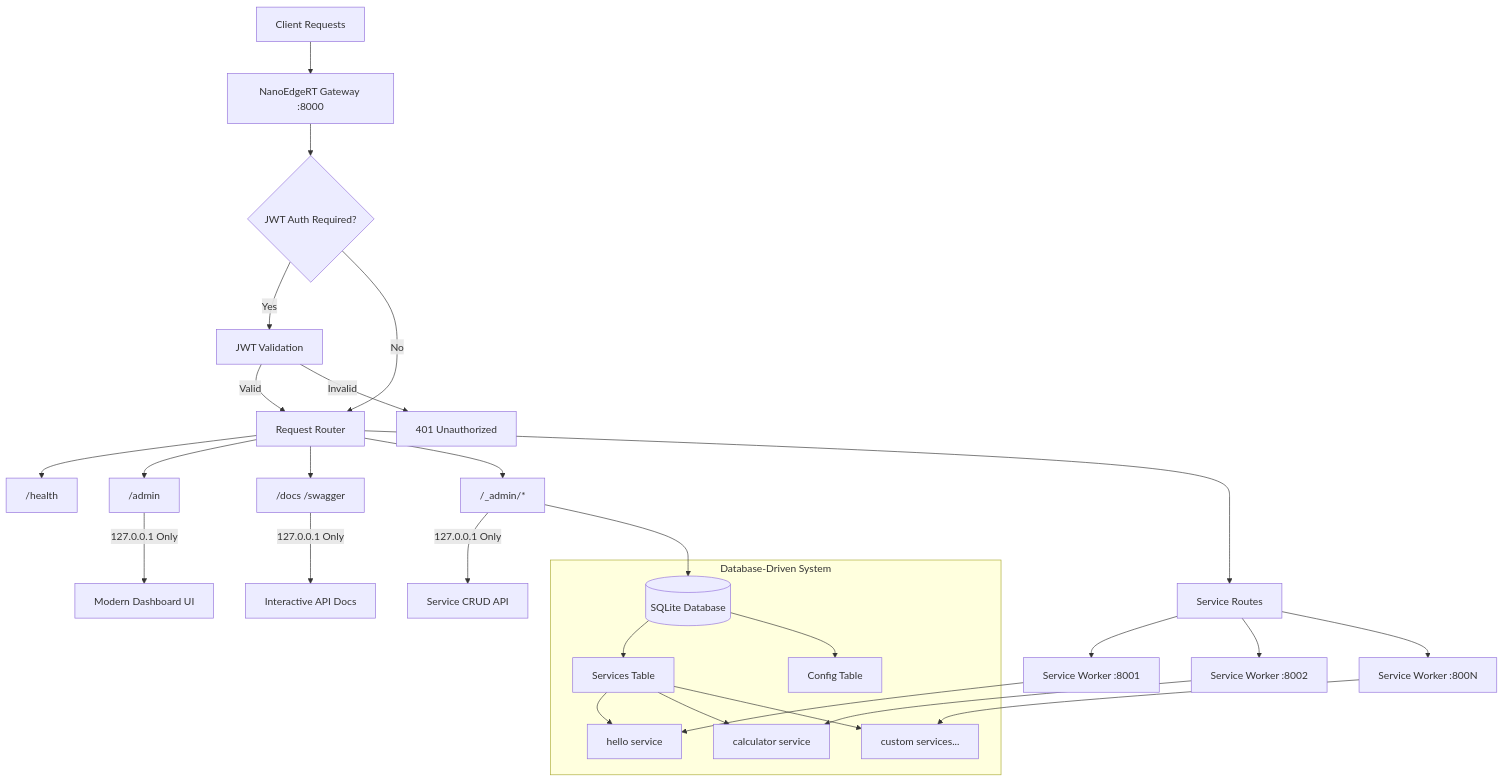
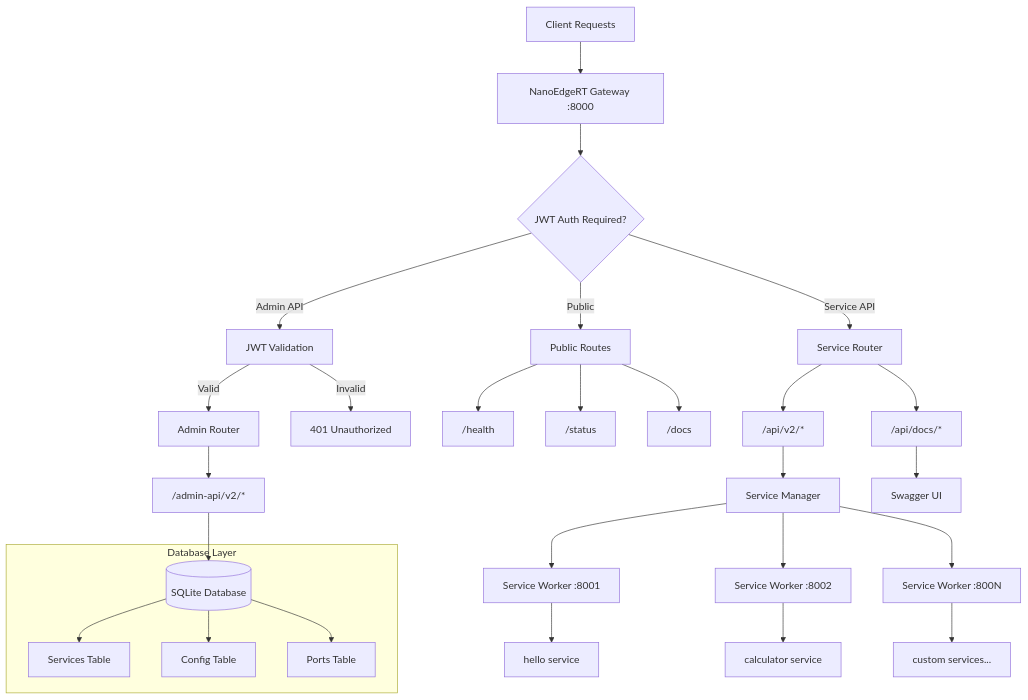
One commit to NanoInfra/NanoEdgeRT changed the diagram in README.md. Above: the diagram before and after it, drawn with Mermaid. The commit also changed other lines of this file and 1 other file, not shown here.

````diff
--- a/README.md
+++ b/README.md
@@ -29,36 +40,36 @@
 ```mermaid
 graph TB
     Client[Client Requests] --> Gateway[NanoEdgeRT Gateway :8000]
     Gateway --> Auth{JWT Auth Required?}
-    Auth -->|Yes| JWT[JWT Validation]
-    Auth -->|No| Router[Request Router]
-    JWT -->|Valid| Router
+    Auth -->|Admin API| JWT[JWT Validation]
+    Auth -->|Service API| ServiceRouter[Service Router]
+    Auth -->|Public| PublicRouter[Public Routes]
+    JWT -->|Valid| AdminRouter[Admin Router]
     JWT -->|Invalid| Error[401 Unauthorized]
     
-    Router --> Health["/health"]
-    Router --> AdminUI["/admin"]
-    Router --> Docs["/docs /swagger"]
-    Router --> AdminAPI["/_admin/*"]
-    Router --> Services[Service Routes]
+    PublicRouter --> Health["/health"]
+    PublicRouter --> Status["/status"]
+    PublicRouter --> Docs["/docs"]
     
-    AdminUI -->|127.0.0.1 Only| Dashboard[Modern Dashboard UI]
-    Docs -->|127.0.0.1 Only| SwaggerUI[Interactive API Docs]
-    AdminAPI -->|127.0.0.1 Only| CRUD[Service CRUD API]
+    AdminRouter --> AdminAPI["/admin-api/v2/*"]
+    ServiceRouter --> ServiceAPI["/api/v2/*"]
+    ServiceRouter --> ServiceDocs["/api/docs/*"]
+    
     AdminAPI --> Database[(SQLite Database)]
+    ServiceAPI --> ServiceManager[Service Manager]
+    ServiceDocs --> SwaggerUI[Swagger UI]
     
-    Services --> Worker1[Service Worker :8001]
-    Services --> Worker2[Service Worker :8002]
-    Services --> WorkerN[Service Worker :800N]
+    ServiceManager --> Worker1[Service Worker :8001]
+    ServiceManager --> Worker2[Service Worker :8002]
+    ServiceManager --> WorkerN[Service Worker :800N]
     
-    subgraph "Database-Driven System"
-        Database --> ServiceTable[Services Table]
-        Database --> ConfigTable[Config Table]
-        ServiceTable --> ServiceRecord1[hello service]
-        ServiceTable --> ServiceRecord2[calculator service]
-        ServiceTable --> ServiceRecordN[custom services...]
+    subgraph "Database Layer"
+        Database --> Services[Services Table]
+        Database --> Config[Config Table]
+        Database --> Ports[Ports Table]
     end
     
-    Worker1 --> ServiceRecord1
-    Worker2 --> ServiceRecord2
-    WorkerN --> ServiceRecordN
+    Worker1 --> ServiceInstance1[hello service]
+    Worker2 --> ServiceInstance2[calculator service]
+    WorkerN --> ServiceInstanceN[custom services...]
 ```
````
